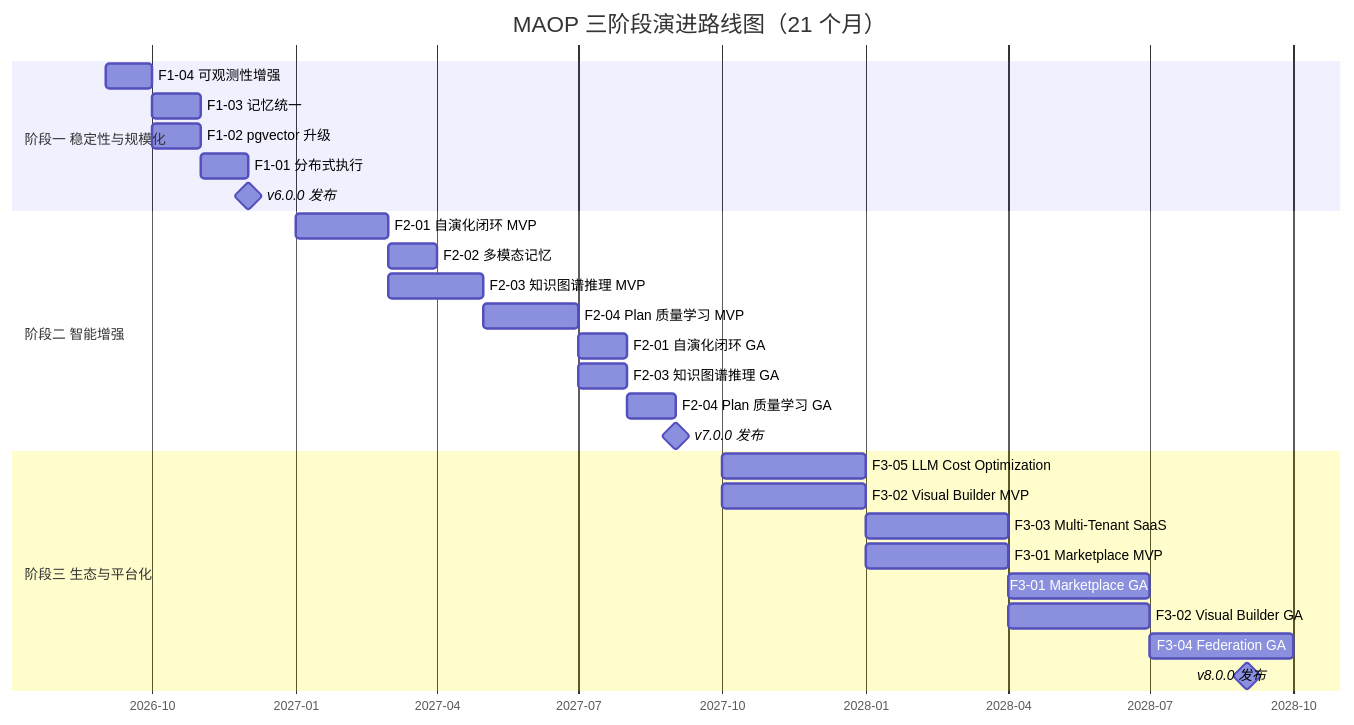
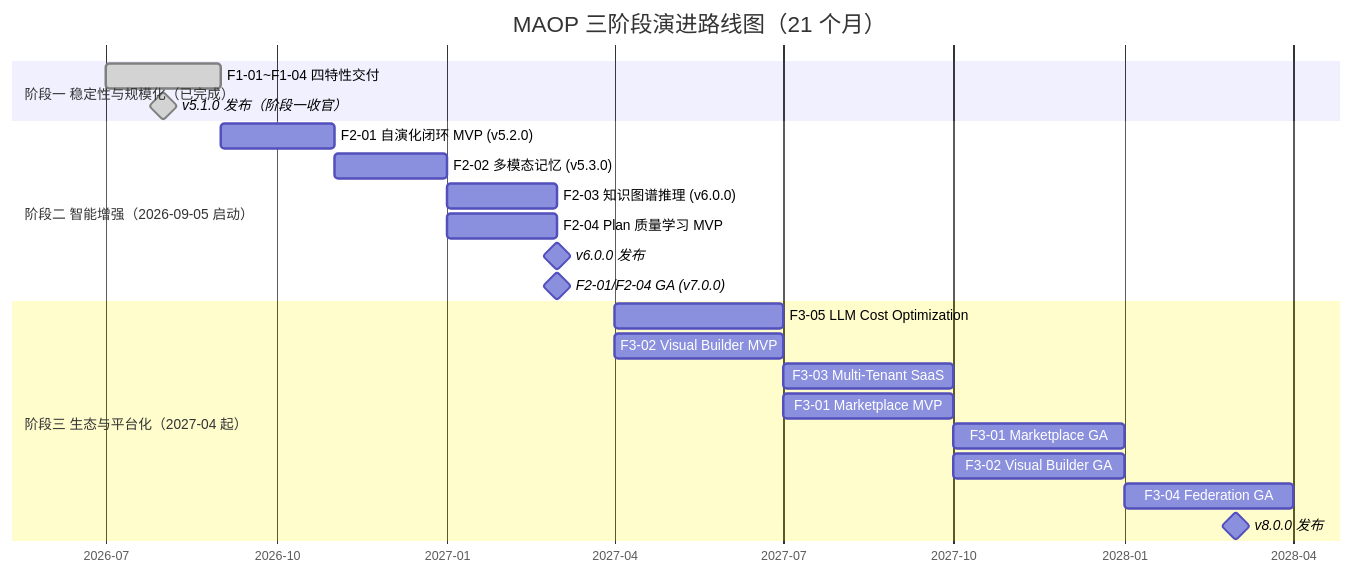
One commit to Levango7/MAOP changed the second of 2 diagrams in docs/prd-three-phase-roadmap.md. Above: the diagram before and after it, drawn with Mermaid. The commit also changed other lines of this file and 3 other files, not shown here.

First line of the commit message:
docs: 三阶段路线图阶段二启动定稿——v5.2.0 自演化闭环 MVP（2026-09-05 启动）

````diff
--- a/docs/prd-three-phase-roadmap.md
+++ b/docs/prd-three-phase-roadmap.md
@@ -797,33 +801,28 @@
 ```mermaid
 gantt
     title MAOP 三阶段演进路线图（21 个月）
     dateFormat YYYY-MM
     axisFormat %Y-%m
 
-    section 阶段一 稳定性与规模化
-    F1-04 可观测性增强           :a1, 2026-09, 1M
-    F1-03 记忆统一               :a2, 2026-10, 1M
-    F1-02 pgvector 升级          :a3, 2026-10, 1M
-    F1-01 分布式执行             :a4, 2026-11, 1M
-    v6.0.0 发布                  :milestone, m1, 2026-12, 0d
+    section 阶段一 稳定性与规模化（已完成）
+    F1-01~F1-04 四特性交付        :done, a1, 2026-07, 2M
+    v5.1.0 发布（阶段一收官）     :done, milestone, m1, 2026-08, 0d
 
-    section 阶段二 智能增强
-    F2-01 自演化闭环 MVP         :b1, 2027-01, 2M
-    F2-02 多模态记忆             :b2, 2027-03, 1M
-    F2-03 知识图谱推理 MVP       :b3, 2027-03, 2M
-    F2-04 Plan 质量学习 MVP      :b4, 2027-05, 2M
-    F2-01 自演化闭环 GA          :b5, 2027-07, 1M
-    F2-03 知识图谱推理 GA        :b6, 2027-07, 1M
-    F2-04 Plan 质量学习 GA       :b7, 2027-08, 1M
-    v7.0.0 发布                  :milestone, m2, 2027-09, 0d
+    section 阶段二 智能增强（2026-09-05 启动）
+    F2-01 自演化闭环 MVP (v5.2.0) :b1, 2026-09, 2M
+    F2-02 多模态记忆 (v5.3.0)     :b2, 2026-11, 2M
+    F2-03 知识图谱推理 (v6.0.0)   :b3, 2027-01, 2M
+    F2-04 Plan 质量学习 MVP       :b4, 2027-01, 2M
+    v6.0.0 发布                   :milestone, m2, 2027-03, 0d
+    F2-01/F2-04 GA (v7.0.0)       :milestone, m3, 2027-03, 0d
 
-    section 阶段三 生态与平台化
-    F3-05 LLM Cost Optimization  :c1, 2027-10, 3M
-    F3-02 Visual Builder MVP     :c2, 2027-10, 3M
-    F3-03 Multi-Tenant SaaS      :c3, 2028-01, 3M
-    F3-01 Marketplace MVP        :c4, 2028-01, 3M
-    F3-01 Marketplace GA         :c5, 2028-04, 3M
-    F3-02 Visual Builder GA      :c6, 2028-04, 3M
-    F3-04 Federation GA          :c7, 2028-07, 3M
-    v8.0.0 发布                  :milestone, m3, 2028-09, 0d
+    section 阶段三 生态与平台化（2027-04 起）
+    F3-05 LLM Cost Optimization  :c1, 2027-04, 3M
+    F3-02 Visual Builder MVP     :c2, 2027-04, 3M
+    F3-03 Multi-Tenant SaaS      :c3, 2027-07, 3M
+    F3-01 Marketplace MVP        :c4, 2027-07, 3M
+    F3-01 Marketplace GA         :c5, 2027-10, 3M
+    F3-02 Visual Builder GA      :c6, 2027-10, 3M
+    F3-04 Federation GA          :c7, 2028-01, 3M
+    v8.0.0 发布                  :milestone, m4, 2028-03, 0d
 ```
````
